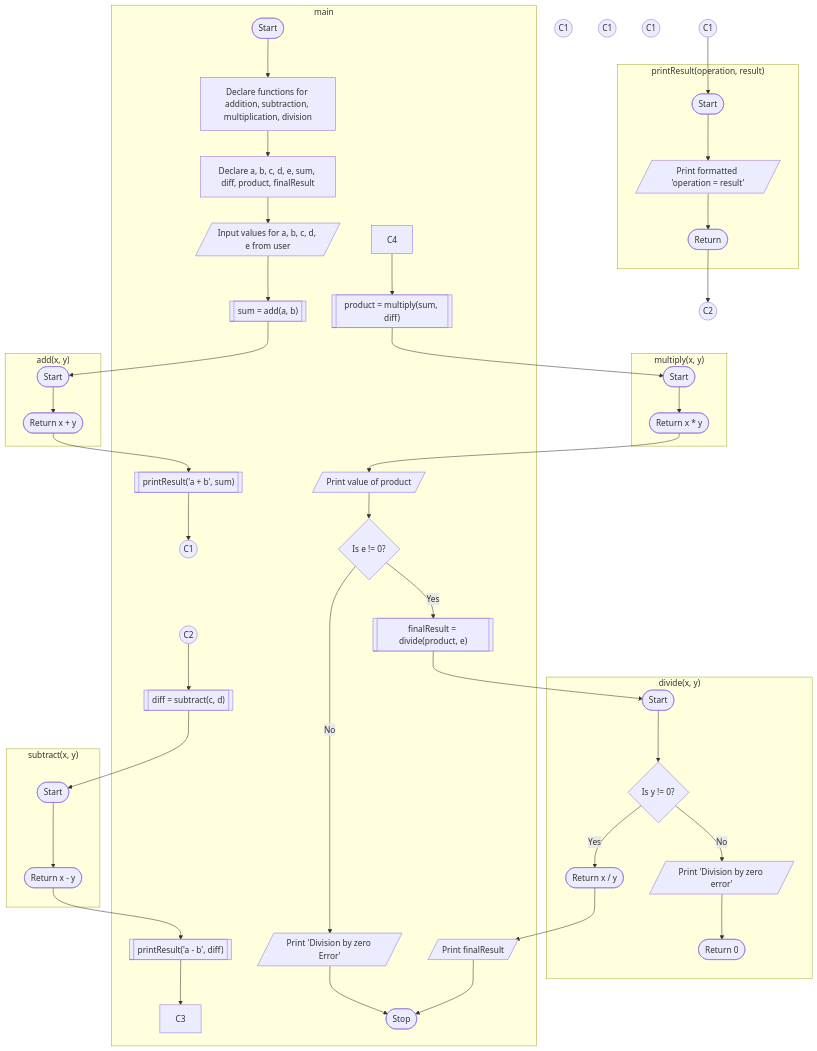
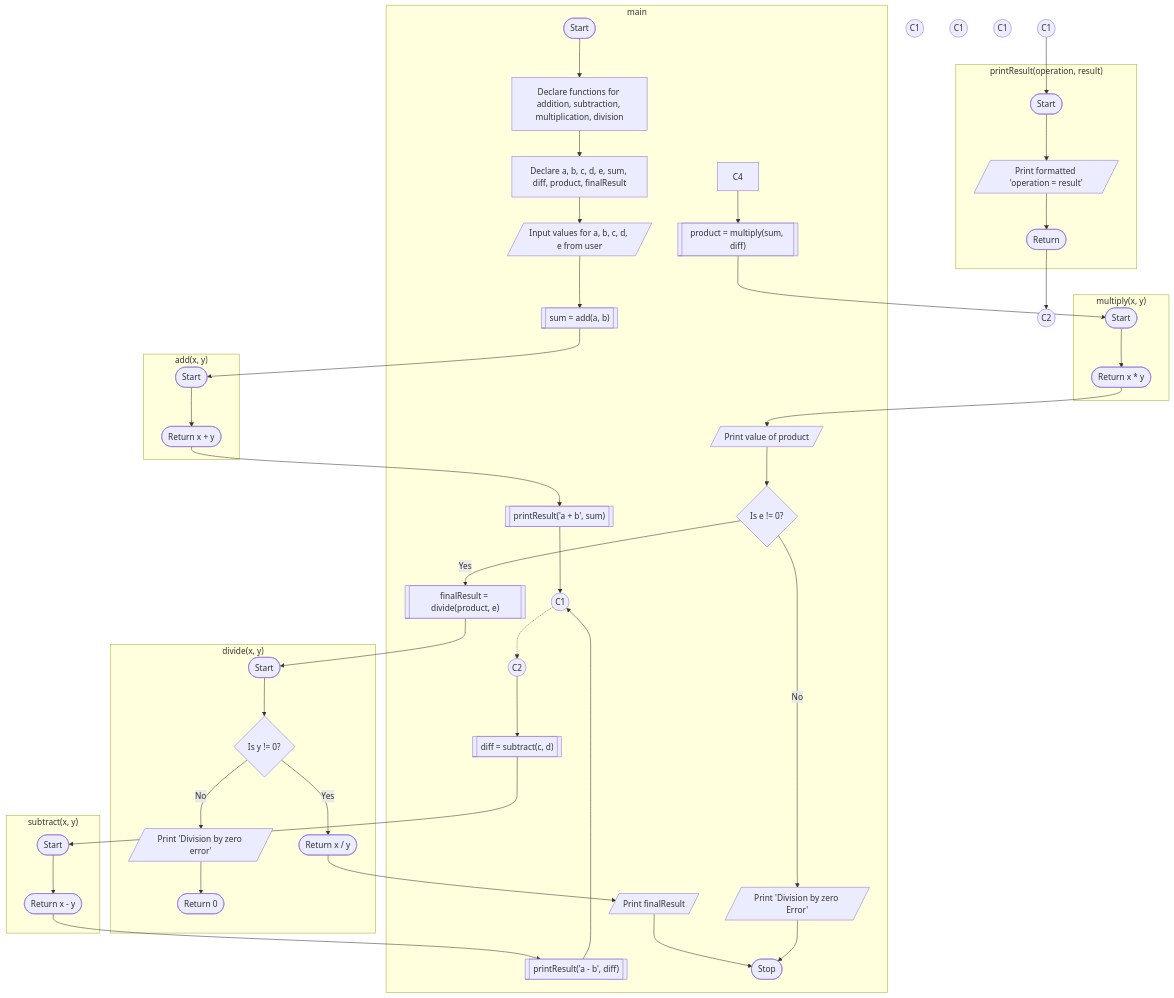
Before and after one commit to Vinit-source/Programming-for-problem-solving: the diagram in PR/P7 - Functions.md, drawn with Mermaid. The commit also changed other lines of this file, not shown here.

Commit message:
PR/P7 - Functions.md updated from https://stackedit.io/

````diff
--- a/PR/P7 - Functions.md
+++ b/PR/P7 - Functions.md
@@ -20,68 +20,68 @@
 ```mermaid
 graph TD;
 
 subgraph "add(x, y)" 
 	addStart([Start]);
 	B1([Return x + y]);
 	addStart --> B1;
 end
 subgraph "subtract(x, y)"
 	subStart([Start]);
 	B2([Return x - y]);
 	subStart --> B2;
 end
 subgraph "multiply(x, y)"
 	mulStart([Start]);
 	B3([Return x * y]);
 	mulStart --> B3;
 end
 subgraph "divide(x, y)"
 	divStart([Start]);
 	J{Is y != 0?};
     J -- Yes --> K([Return x / y]);
     J -- No --> M[/Print 'Division by zero error'/];
     divStart --> J;
     M --> MR([Return 0]);
 end
 subgraph "printResult(operation, result)"
 	printStart([Start]);
 	P[/Print formatted 'operation = result'/];
 	R([Return]);
 	printStart --> P;
 	P --> R;
 end
 CAS1((C1));
 CAS2((C1));
 CAE1((C2));
 CAE2((C2));
 C5((C1));
 C6((C1));
 C7((C1));
 CAS2 --> printStart;
 R --> CAE1;
 
 subgraph main
     A([Start]) --> B[Declare functions for addition, subtraction, multiplication, division];
     B --> BB[Declare a, b, c, d, e, sum, diff, product, finalResult];
     BB --> C[/Input values for a, b, c, d, e from user/];
 	C --> CB[["sum = add(a, b)"]];
 	CB --> addStart;
 	B1 --> E[["printResult('a + b', sum)"]];
     E --> CAS1;
-    CAS1 ~~~ CAE2;
+    CAS1 -.-> CAE2;
     CAE2 --> F[["diff = subtract(c, d)"]];
     F --> subStart;
     B2 --> G[["printResult('a - b', diff)"]];
-    G --> C3;
+    G --> CAS1;
     C4 --> H[["product = multiply(sum, diff)"]];
     H --> mulStart;
     B3 --> I[/Print value of product/];
     I --> DB0{Is e != 0?};
     DB0 -- Yes --> I1[["finalResult = divide(product, e)"]];
     I1 --> divStart;
     K --> L[/Print finalResult/];
     L --> N([Stop]);
     DB0 -- No --> N0[/"Print 'Division by zero Error'"/];
     N0 --> N
    end
 ```
````
